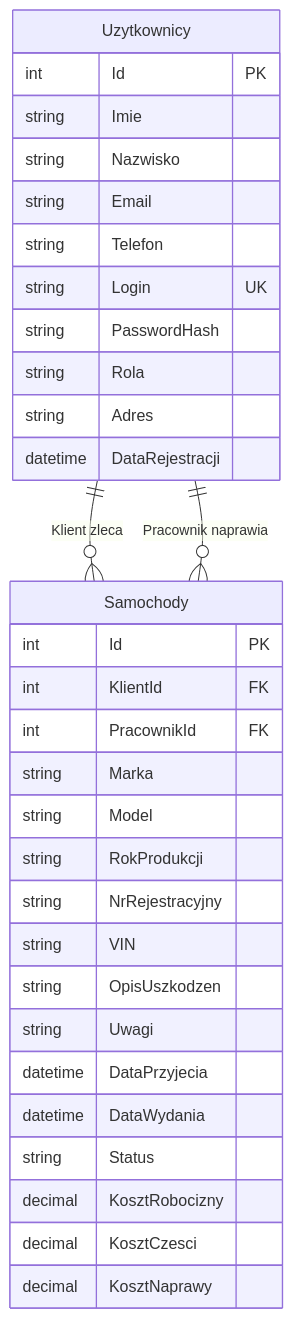
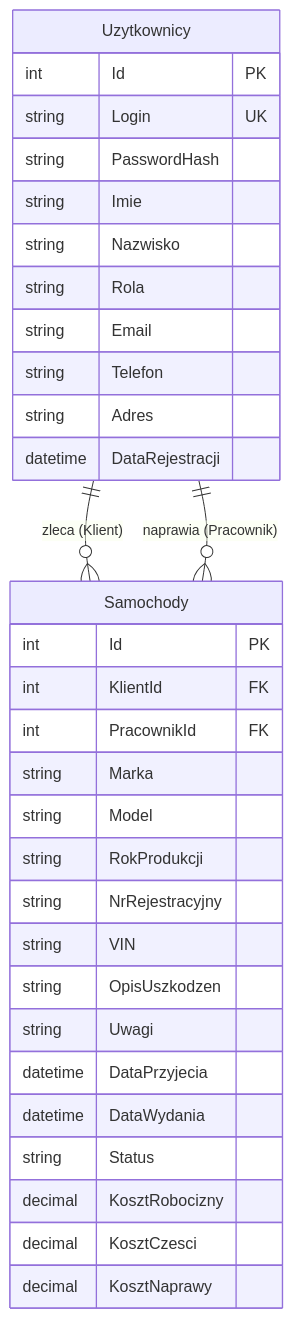
The first of 2 diagrams in README.md (szymekele/WarsztatSamochodowy), drawn with Mermaid before and after one commit. The commit also changed other lines of this file, not shown here.

````diff
--- a/README.md
+++ b/README.md
@@ -190,35 +70,37 @@
 ```mermaid
 erDiagram
-    Uzytkownicy ||--o{ Samochody : "Klient zleca"
-    Uzytkownicy ||--o{ Samochody : "Pracownik naprawia"
+    Uzytkownicy ||--o{ Samochody : "zleca (Klient)"
+    Uzytkownicy ||--o{ Samochody : "naprawia (Pracownik)"
+    
     Uzytkownicy {
         int Id PK
+        string Login UK
+        string PasswordHash
         string Imie
         string Nazwisko
+        string Rola
         string Email
         string Telefon
-        string Login UK
-        string PasswordHash
-        string Rola
         string Adres
         datetime DataRejestracji
     }
+
     Samochody {
         int Id PK
         int KlientId FK
         int PracownikId FK
         string Marka
         string Model
         string RokProdukcji
         string NrRejestracyjny
         string VIN
         string OpisUszkodzen
         string Uwagi
         datetime DataPrzyjecia
         datetime DataWydania
         string Status
         decimal KosztRobocizny
         decimal KosztCzesci
         decimal KosztNaprawy
     }
 ```
````
